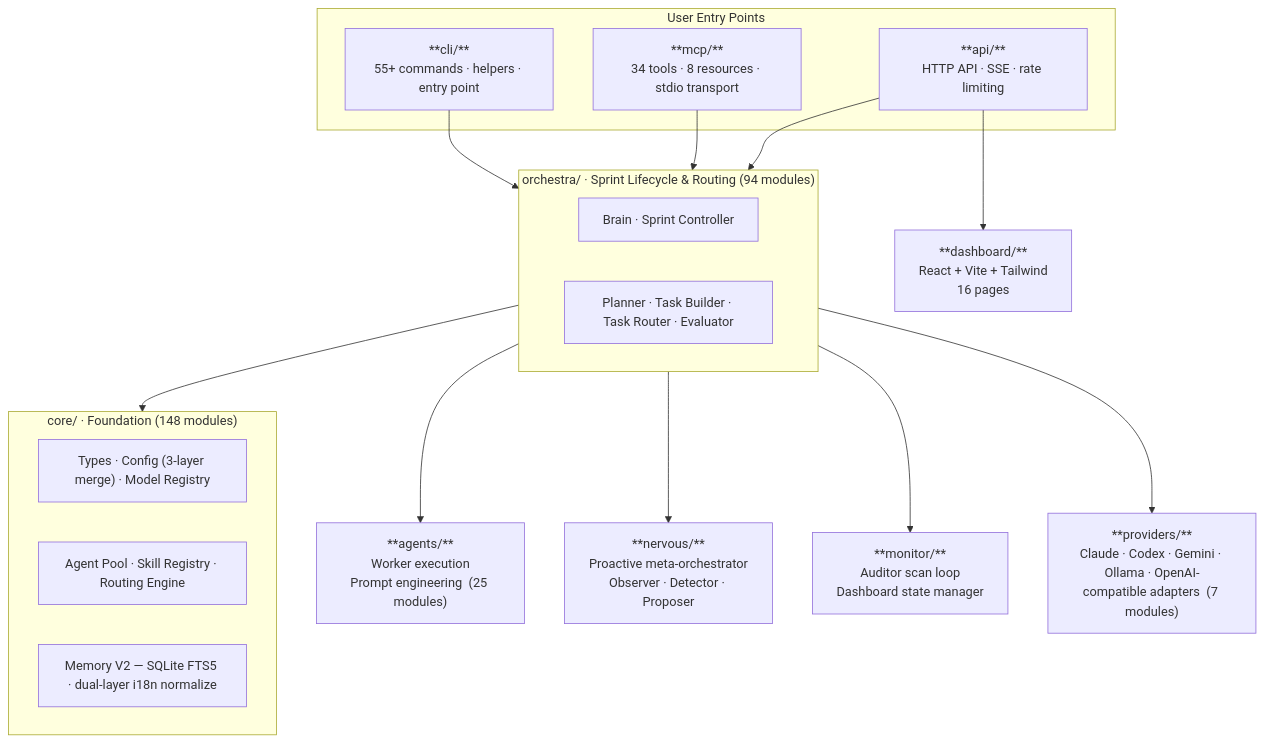
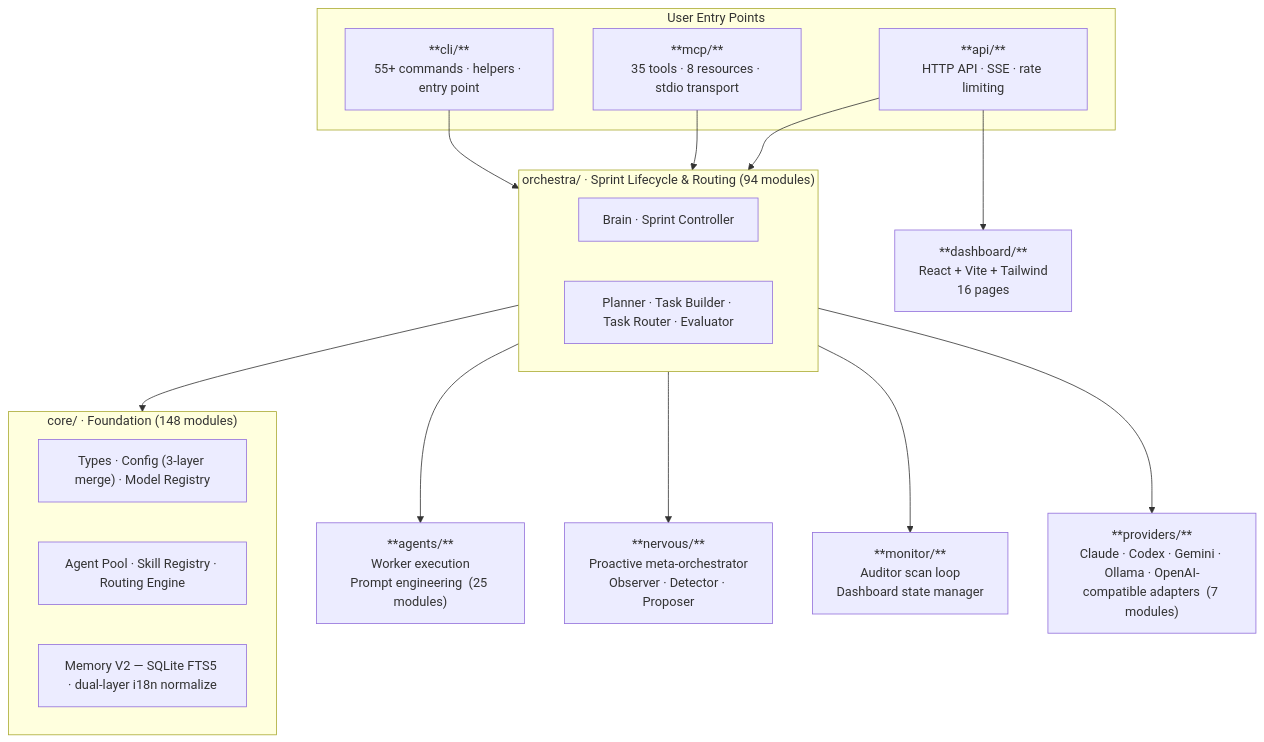
One commit to Verhex/deckent-develop changed the second of 2 diagrams in docs/reference/lifecycle-diagram.md. Above: the diagram before and after it, drawn with Mermaid. The commit also changed 3 other files, not shown here.

Commit message:
docs(reality-sync): README+lifecycle-diagram 34→35 tools; dashboard dead-area inventory + overnight log

````diff
--- a/docs/reference/lifecycle-diagram.md
+++ b/docs/reference/lifecycle-diagram.md
@@ -42,35 +42,35 @@
 ```mermaid
 graph TD
     subgraph entry["User Entry Points"]
         CLI["**cli/**\n55+ commands · helpers · entry point"]
-        MCP_S["**mcp/**\n34 tools · 8 resources · stdio transport"]
+        MCP_S["**mcp/**\n35 tools · 8 resources · stdio transport"]
         API_S["**api/**\nHTTP API · SSE · rate limiting"]
     end
 
     subgraph orch["orchestra/  ·  Sprint Lifecycle & Routing  (94 modules)"]
         BRAIN["Brain · Sprint Controller"]
         PLANNER["Planner · Task Builder · Task Router · Evaluator"]
     end
 
     subgraph found["core/  ·  Foundation  (148 modules)"]
         TYPES["Types · Config (3-layer merge) · Model Registry"]
         POOLS["Agent Pool · Skill Registry · Routing Engine"]
         MEMORY["Memory V2 — SQLite FTS5 · dual-layer i18n normalize"]
     end
 
     AGENTS["**agents/**\nWorker execution\nPrompt engineering  (25 modules)"]
     NERVOUS["**nervous/**\nProactive meta-orchestrator\nObserver · Detector · Proposer"]
     MONITOR["**monitor/**\nAuditor scan loop\nDashboard state manager"]
     PROVIDERS["**providers/**\nClaude · Codex · Gemini · Ollama · OpenAI-compatible adapters  (7 modules)"]
     DASH["**dashboard/**\nReact + Vite + Tailwind\n16 pages"]
 
     CLI --> orch
     MCP_S --> orch
     API_S --> orch
     API_S --> DASH
     orch --> found
     orch --> AGENTS
     orch --> NERVOUS
     orch --> MONITOR
     orch --> PROVIDERS
 ```
````
